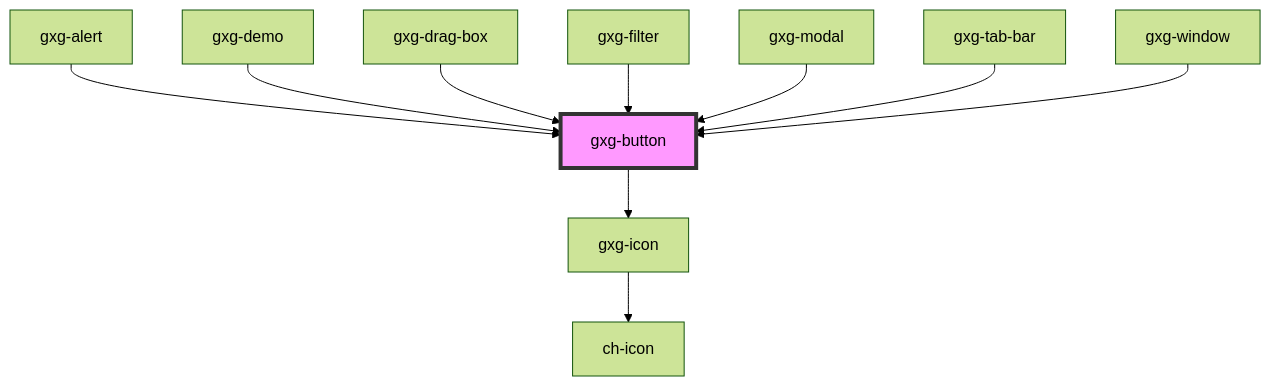
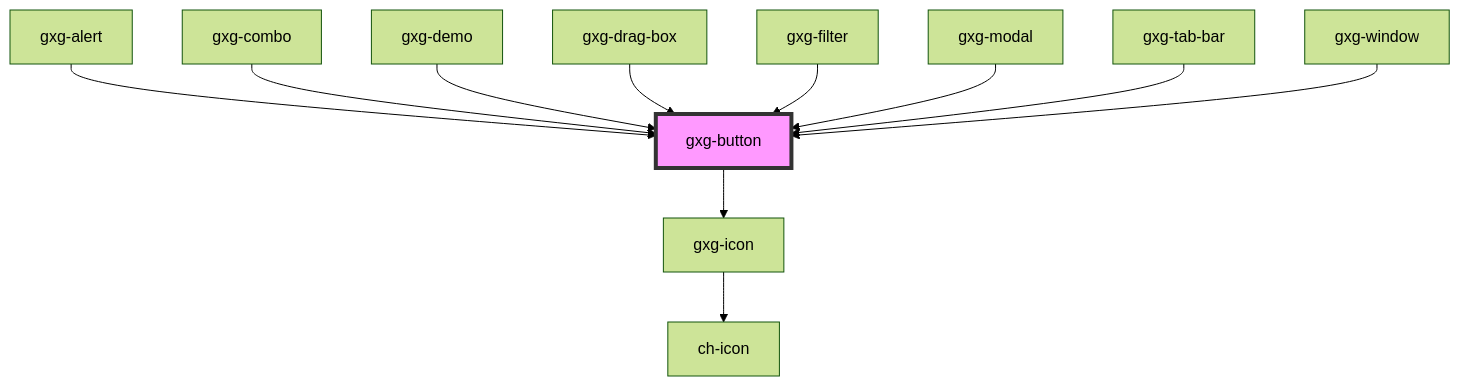
Before and after one commit to genexuslabs/gemini: the diagram in src/components/button/readme.md, drawn with Mermaid (forest theme). The commit also changed other lines of this file and 10 other files, not shown here.

````diff
--- a/src/components/button/readme.md
+++ b/src/components/button/readme.md
@@ -35,13 +36,14 @@
 ```mermaid
 graph TD;
   gxg-button --> gxg-icon
   gxg-icon --> ch-icon
   gxg-alert --> gxg-button
+  gxg-combo --> gxg-button
   gxg-demo --> gxg-button
   gxg-drag-box --> gxg-button
   gxg-filter --> gxg-button
   gxg-modal --> gxg-button
   gxg-tab-bar --> gxg-button
   gxg-window --> gxg-button
   style gxg-button fill:#f9f,stroke:#333,stroke-width:4px
 ```
````
